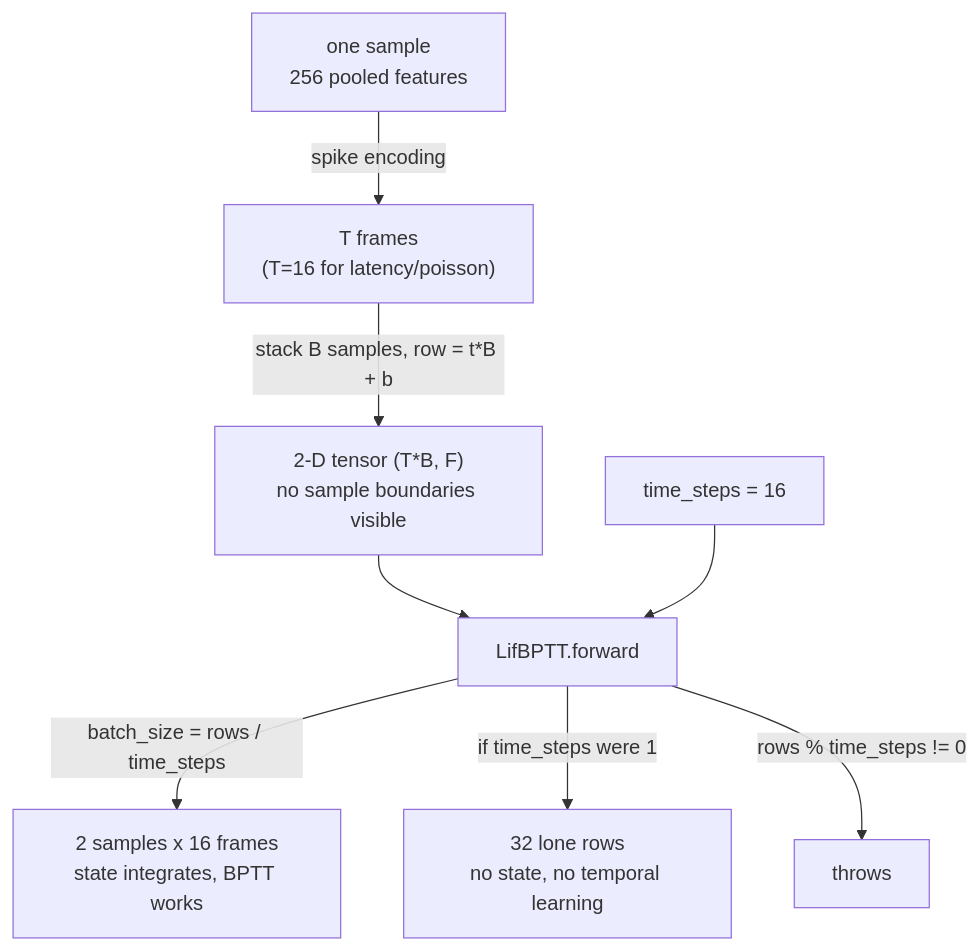
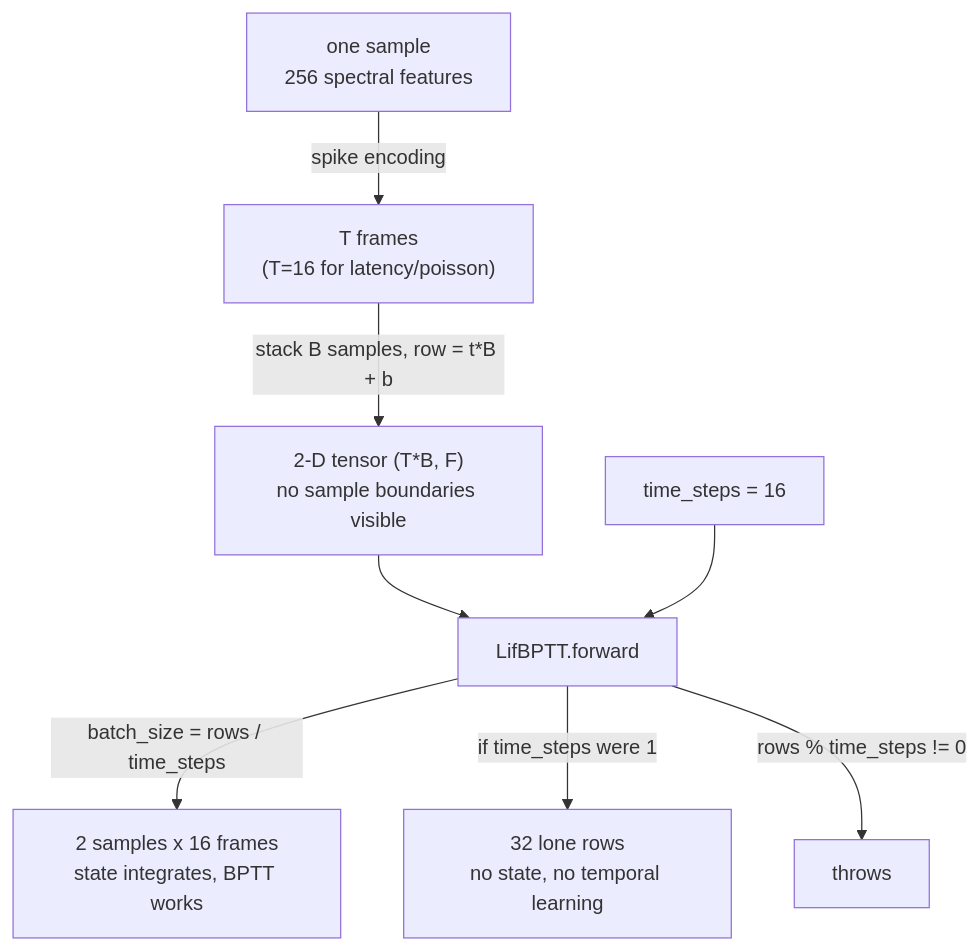
Before and after one commit to ensismoebius/doutorado: the diagram in software/nn/.wiki/Concepts/Time-Steps.md, drawn with Mermaid. The commit also changed other lines of this file and 7918 other files, not shown here.

````diff
--- a/software/nn/.wiki/Concepts/Time-Steps.md
+++ b/software/nn/.wiki/Concepts/Time-Steps.md
@@ -131,10 +131,10 @@
 ```mermaid
 flowchart TD
-    S["one sample<br/>256 pooled features"] -->|spike encoding| F["T frames<br/>(T=16 for latency/poisson)"]
+    S["one sample<br/>256 spectral features"] -->|spike encoding| F["T frames<br/>(T=16 for latency/poisson)"]
     F -->|stack B samples, row = t*B + b| M["2-D tensor (T*B, F)<br/>no sample boundaries visible"]
     M --> L["LifBPTT.forward"]
     TS["time_steps = 16"] --> L
     L -->|"batch_size = rows / time_steps"| OK["2 samples x 16 frames<br/>state integrates, BPTT works"]
     L -->|"if time_steps were 1"| BAD["32 lone rows<br/>no state, no temporal learning"]
     L -->|"rows % time_steps != 0"| ERR["throws"]
 ```
````
